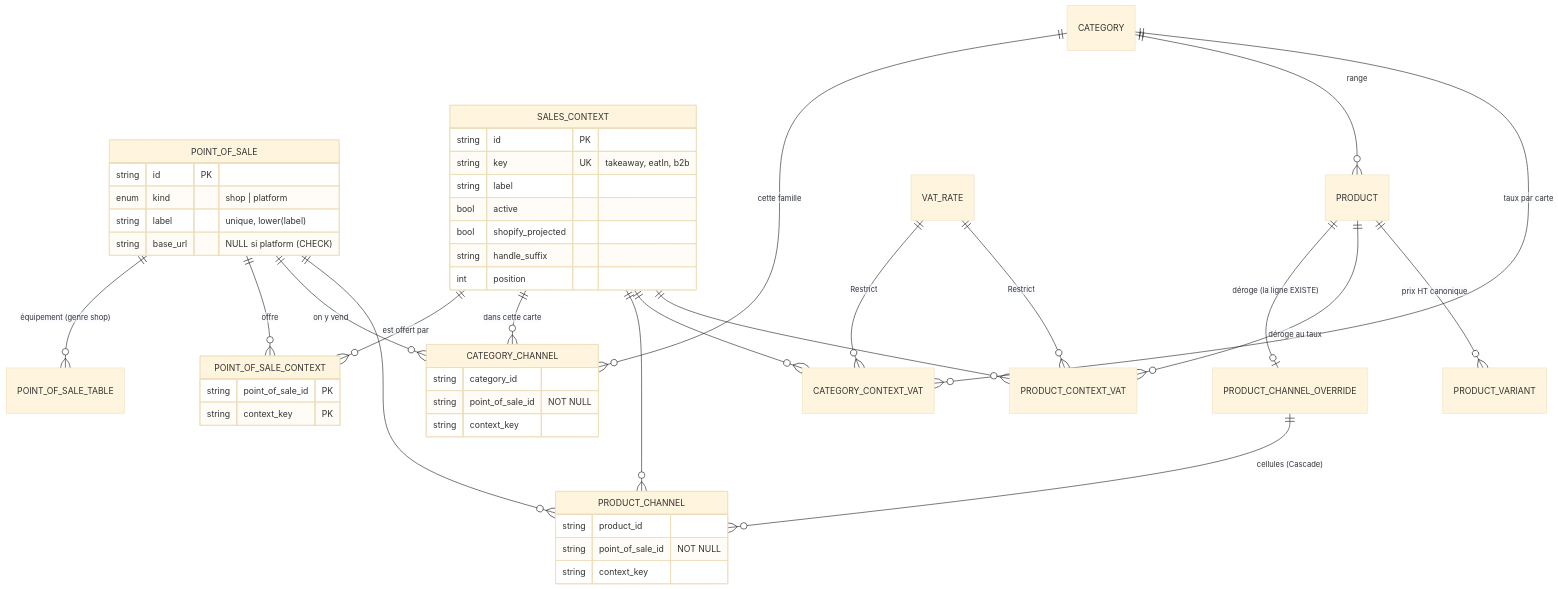
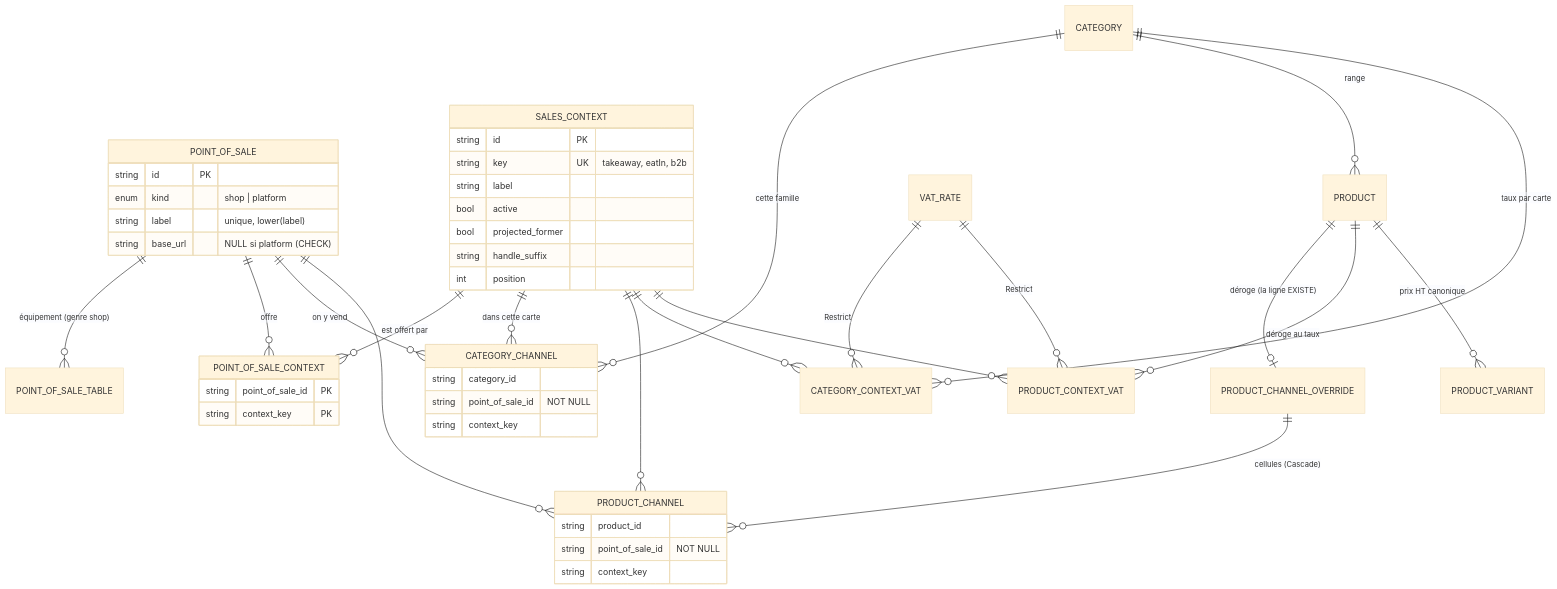
One commit to hugoheynard/lfd changed the second of 3 diagrams in documentation/pim/contextes-et-points-de-vente.md. Above: the diagram before and after it, drawn with Mermaid (base theme). The commit also changed other lines of this file and 39 other files, not shown here.

````diff
--- a/documentation/pim/contextes-et-points-de-vente.md
+++ b/documentation/pim/contextes-et-points-de-vente.md
@@ -332,55 +332,55 @@
 ```mermaid
 erDiagram
     POINT_OF_SALE ||--o{ POINT_OF_SALE_TABLE : "équipement (genre shop)"
     POINT_OF_SALE ||--o{ POINT_OF_SALE_CONTEXT : "offre"
     SALES_CONTEXT ||--o{ POINT_OF_SALE_CONTEXT : "est offert par"
 
     POINT_OF_SALE ||--o{ CATEGORY_CHANNEL : "on y vend"
     SALES_CONTEXT ||--o{ CATEGORY_CHANNEL : "dans cette carte"
     CATEGORY      ||--o{ CATEGORY_CHANNEL : "cette famille"
 
     CATEGORY ||--o{ PRODUCT : "range"
     PRODUCT  ||--o| PRODUCT_CHANNEL_OVERRIDE : "déroge (la ligne EXISTE)"
     PRODUCT_CHANNEL_OVERRIDE ||--o{ PRODUCT_CHANNEL : "cellules (Cascade)"
     POINT_OF_SALE ||--o{ PRODUCT_CHANNEL : ""
     SALES_CONTEXT ||--o{ PRODUCT_CHANNEL : ""
 
     CATEGORY      ||--o{ CATEGORY_CONTEXT_VAT : "taux par carte"
     SALES_CONTEXT ||--o{ CATEGORY_CONTEXT_VAT : ""
     PRODUCT       ||--o{ PRODUCT_CONTEXT_VAT  : "déroge au taux"
     SALES_CONTEXT ||--o{ PRODUCT_CONTEXT_VAT  : ""
     VAT_RATE      ||--o{ CATEGORY_CONTEXT_VAT : "Restrict"
     VAT_RATE      ||--o{ PRODUCT_CONTEXT_VAT  : "Restrict"
 
     PRODUCT ||--o{ PRODUCT_VARIANT : "prix HT canonique"
 
     POINT_OF_SALE {
         string id PK
         enum   kind "shop | platform"
         string label "unique, lower(label)"
         string base_url "NULL si platform (CHECK)"
     }
     SALES_CONTEXT {
         string id PK
         string key UK "takeaway, eatIn, b2b"
         string label
         bool   active
-        bool   shopify_projected
+        bool   projected_former
         string handle_suffix
         int    position
     }
     POINT_OF_SALE_CONTEXT {
         string point_of_sale_id PK
         string context_key PK
     }
     CATEGORY_CHANNEL {
         string category_id
         string point_of_sale_id "NOT NULL"
         string context_key
     }
     PRODUCT_CHANNEL {
         string product_id
         string point_of_sale_id "NOT NULL"
         string context_key
     }
 ```
````
